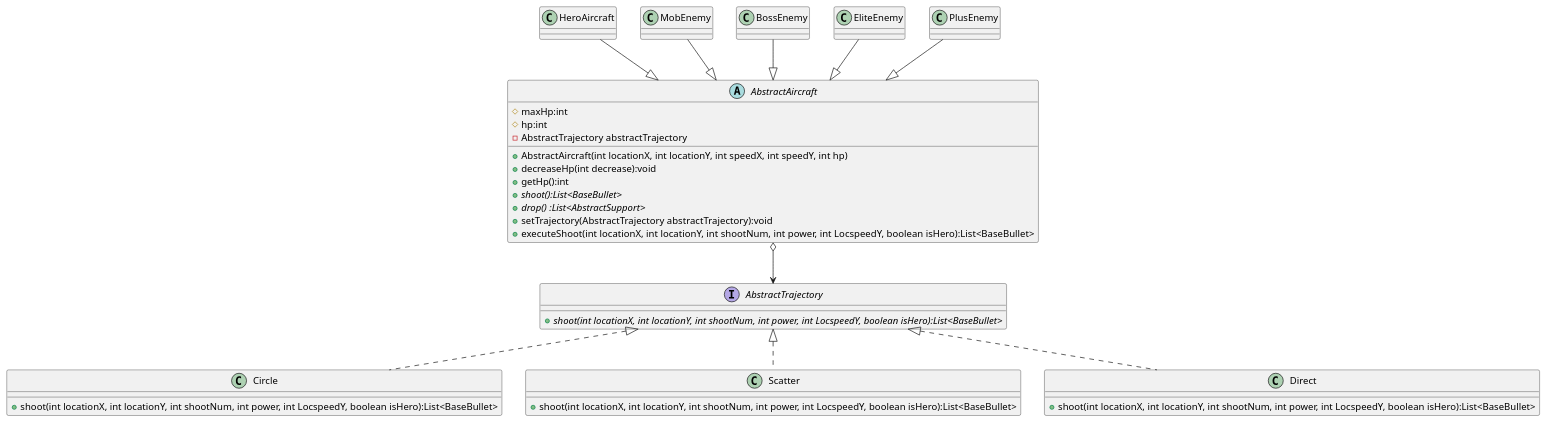
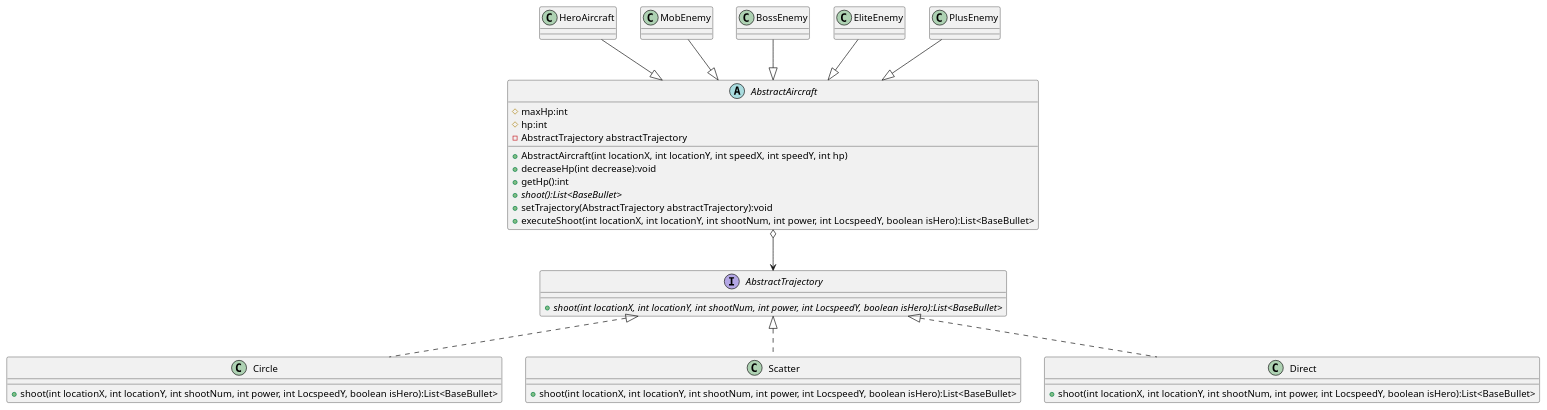
The diagram in uml/Strategy.puml (hazuki-nana/COMP2027), drawn with PlantUML before and after one commit. The commit also changed 5 other files, not shown here.

```diff
--- a/uml/Strategy.puml
+++ b/uml/Strategy.puml
@@ -1,46 +1,45 @@
 @startuml
 'https://plantuml.com/sequence-diagram
 
 interface AbstractTrajectory
 {
     +{abstract}shoot(int locationX, int locationY, int shootNum, int power, int LocspeedY, boolean isHero):List<BaseBullet>
 }
 
 class Circle
 {
     +shoot(int locationX, int locationY, int shootNum, int power, int LocspeedY, boolean isHero):List<BaseBullet>
 }
 
 class Scatter
 {
     +shoot(int locationX, int locationY, int shootNum, int power, int LocspeedY, boolean isHero):List<BaseBullet>
 }
 
 class Direct
 {
     +shoot(int locationX, int locationY, int shootNum, int power, int LocspeedY, boolean isHero):List<BaseBullet>
 }
 AbstractTrajectory <|.. Circle
 AbstractTrajectory <|.. Scatter
 AbstractTrajectory <|.. Direct
 
 abstract class AbstractAircraft
 {
 	# maxHp:int
     # hp:int
     - AbstractTrajectory abstractTrajectory
     + AbstractAircraft(int locationX, int locationY, int speedX, int speedY, int hp)
     + decreaseHp(int decrease):void
     + getHp():int
     + {abstract} shoot():List<BaseBullet>
-    + {abstract} drop() :List<AbstractSupport>
     + setTrajectory(AbstractTrajectory abstractTrajectory):void
     + executeShoot(int locationX, int locationY, int shootNum, int power, int LocspeedY, boolean isHero):List<BaseBullet>
 }
 AbstractAircraft o--> AbstractTrajectory
 HeroAircraft --|> AbstractAircraft
 MobEnemy --|> AbstractAircraft
 BossEnemy --|> AbstractAircraft
 EliteEnemy --|> AbstractAircraft
 PlusEnemy --|> AbstractAircraft
 @enduml
```
